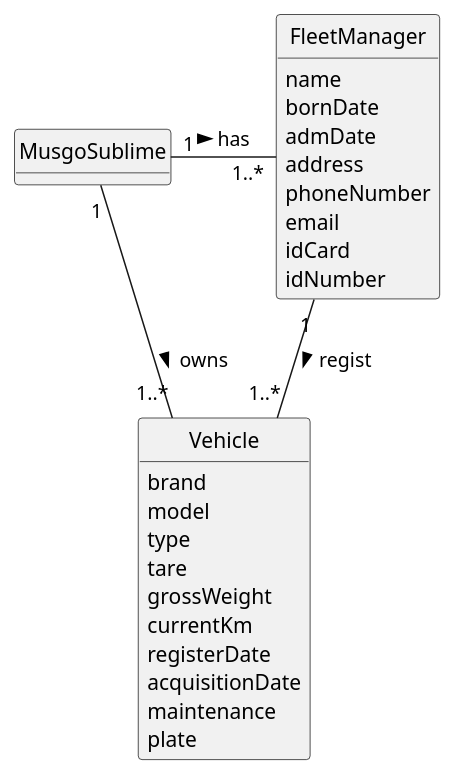
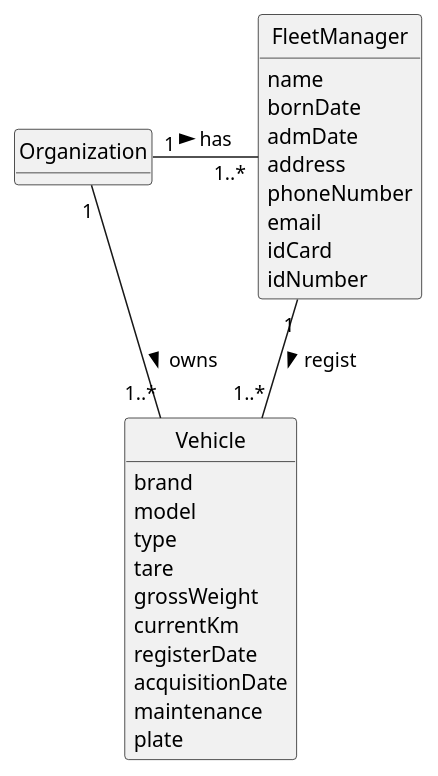
The diagram in docs/sprintA/us006/02.analysis/puml/us006-domain-model.puml (1231360-ISEP/lei-24-s2-1db-g021), drawn with PlantUML before and after one commit. The commit also changed 7 other files, not shown here.

```diff
--- a/docs/sprintA/us006/02.analysis/puml/us006-domain-model.puml
+++ b/docs/sprintA/us006/02.analysis/puml/us006-domain-model.puml
@@ -1,41 +1,41 @@
 @startuml
 skinparam monochrome true
 skinparam packageStyle rectangle
 skinparam shadowing false
 
 skinparam classAttributeIconSize 0
 
 hide circle
 hide methods
 
-class MusgoSublime {
+class Organization {
 }
 
 class FleetManager {
     name
     bornDate
     admDate
     address
     phoneNumber
     email
     idCard
     idNumber
 }
 
 class Vehicle {
     brand
     model
     type
     tare
     grossWeight
     currentKm
     registerDate
     acquisitionDate
     maintenance
     plate
 }
 
-MusgoSublime "1" - "1..*" FleetManager: has >
+Organization "1" - "1..*" FleetManager: has >
 FleetManager "1" -- "1..*" Vehicle : regist >
-MusgoSublime "1" - "1..*" Vehicle: owns >
+Organization "1" - "1..*" Vehicle: owns >
 @enduml
```
